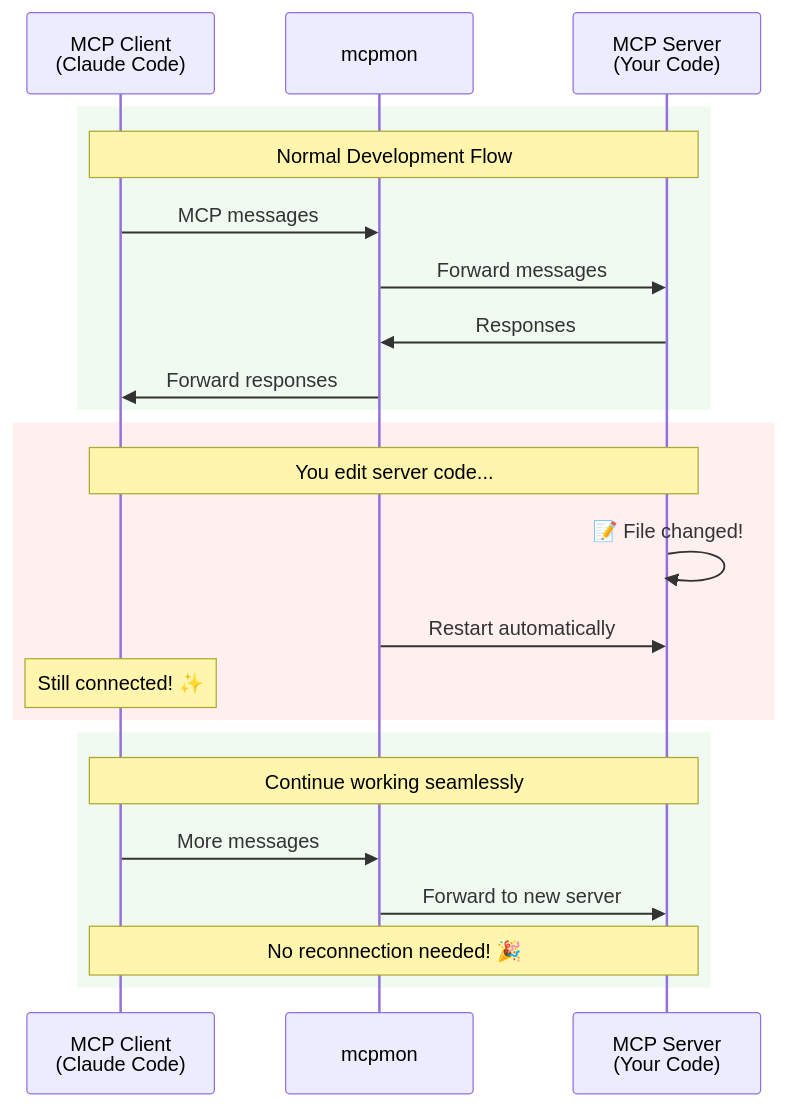
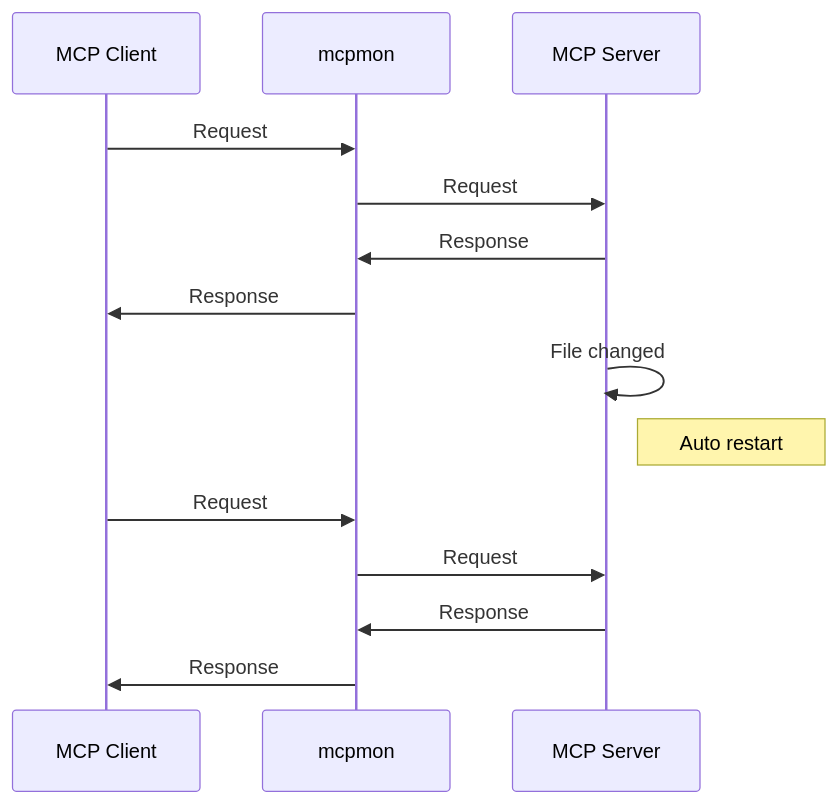
Before and after one commit to neilopet/mcp-server-hmr: the diagram in README.md, drawn with Mermaid.

Commit message:
docs: Simplify sequence diagram to essential data flow
Created a minimal sequence diagram that shows only the essential flow:
- Request/response through mcpmon proxy
- Self-reference showing file change
- Simple note for auto restart
- Continued operation after restart

Removed all colors, descriptive text, emojis, and extra complexity
to focus purely on the communication sequence.

🤖 Generated with [Claude Code](https://claude.ai/code)

````diff
--- a/README.md
+++ b/README.md
@@ -134,28 +134,19 @@
 ```mermaid
 sequenceDiagram
-    participant Client as MCP Client<br/>(Claude Code)
+    participant Client as MCP Client
     participant mcpmon
-    participant Server as MCP Server<br/>(Your Code)
+    participant Server as MCP Server
     
-    rect rgb(240, 250, 240)
-        Note over Client,Server: Normal Development Flow
-        Client->>mcpmon: MCP messages
-        mcpmon->>Server: Forward messages
-        Server->>mcpmon: Responses
-        mcpmon->>Client: Forward responses
-    end
+    Client->>mcpmon: Request
+    mcpmon->>Server: Request
+    Server->>mcpmon: Response
+    mcpmon->>Client: Response
     
-    rect rgb(255, 240, 240)
-        Note over Client,Server: You edit server code...
-        Server->>Server: 📝 File changed!
-        mcpmon->>Server: Restart automatically
-        Note over Client: Still connected! ✨
-    end
+    Server->>Server: File changed
+    Note right of Server: Auto restart
     
-    rect rgb(240, 250, 240)
-        Note over Client,Server: Continue working seamlessly
-        Client->>mcpmon: More messages
-        mcpmon->>Server: Forward to new server
-        Note over Client,Server: No reconnection needed! 🎉
-    end
+    Client->>mcpmon: Request
+    mcpmon->>Server: Request
+    Server->>mcpmon: Response
+    mcpmon->>Client: Response
 ```
````
